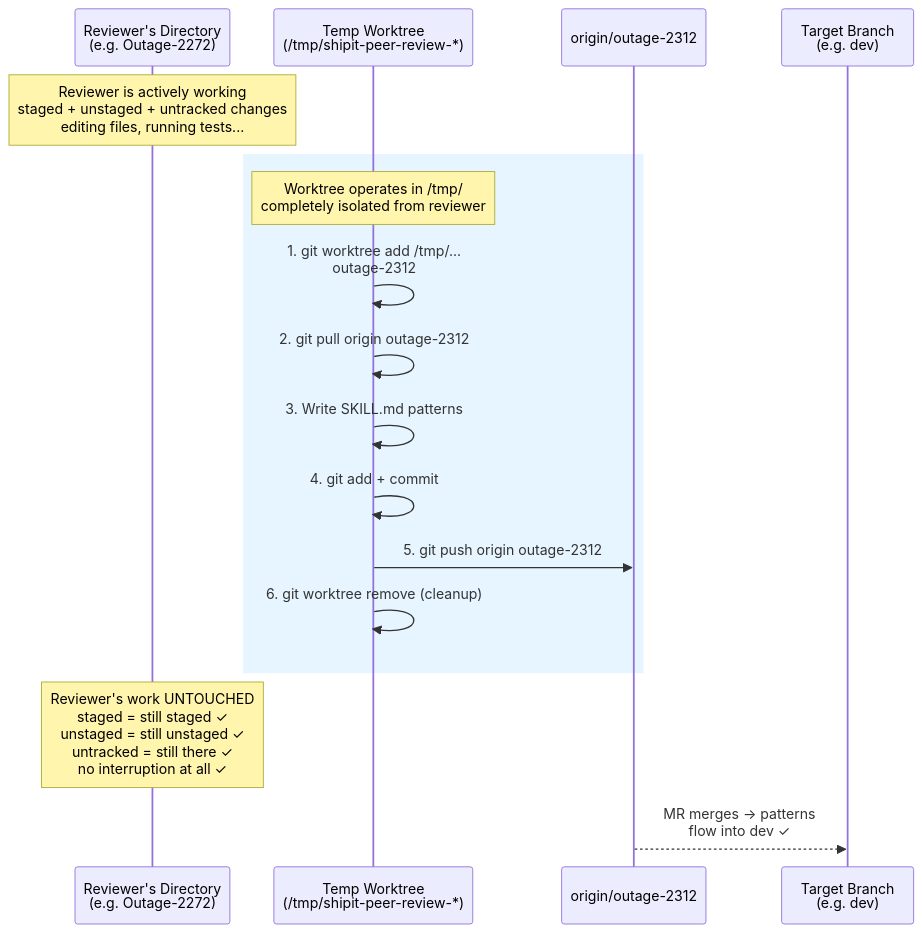
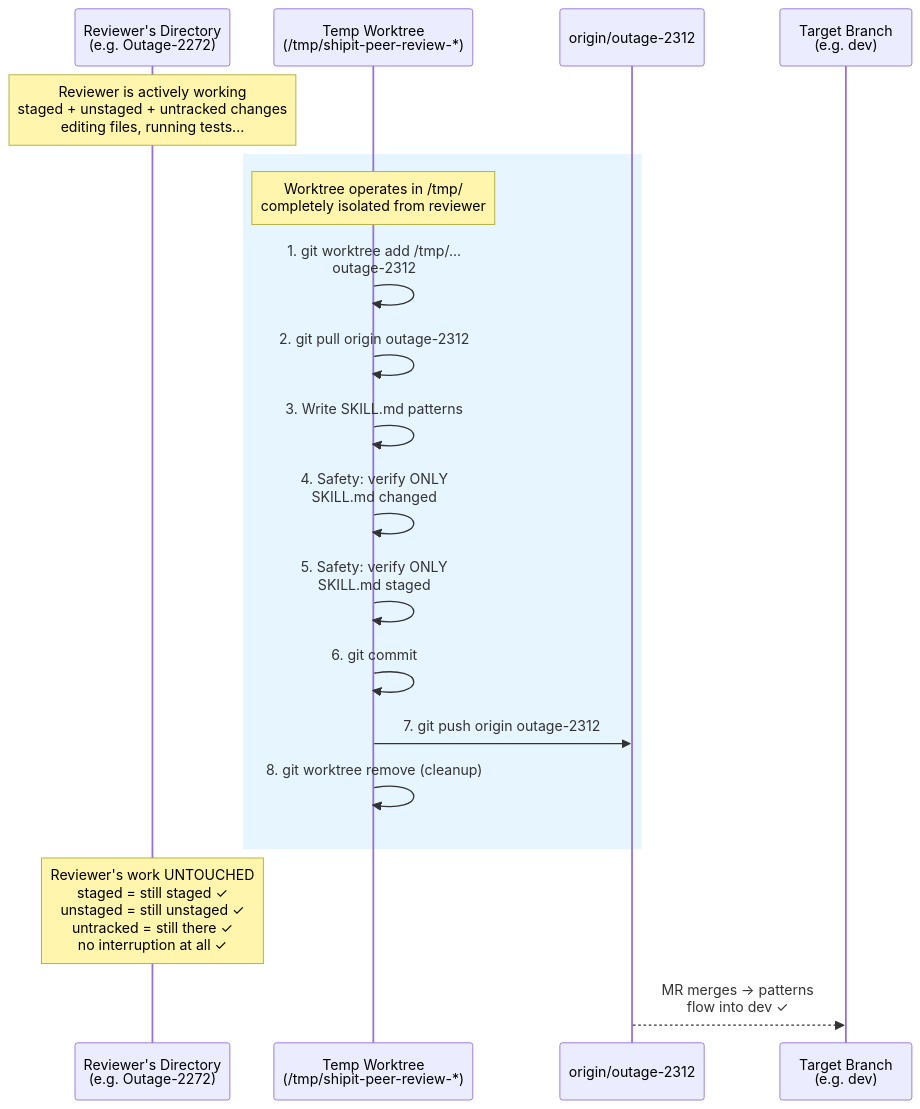
Before and after one commit to praful011/shipit: the fifth of 8 diagrams in docs/peer-review-flowchart.md, drawn with Mermaid. The commit also changed other lines of this file, not shown here.

First line of the commit message:
docs: update flowchart with worktree safety guards and merge explanation

````diff
--- a/docs/peer-review-flowchart.md
+++ b/docs/peer-review-flowchart.md
@@ -136,23 +172,25 @@
 ```mermaid
 sequenceDiagram
     participant R as Reviewer's Directory<br/>(e.g. Outage-2272)
     participant W as Temp Worktree<br/>(/tmp/shipit-peer-review-*)
     participant O as origin/outage-2312
     participant T as Target Branch<br/>(e.g. dev)
 
     Note over R: Reviewer is actively working<br/>staged + unstaged + untracked changes<br/>editing files, running tests...
-    
+
     rect rgb(230, 245, 255)
         Note over W: Worktree operates in /tmp/<br/>completely isolated from reviewer
         W->>W: 1. git worktree add /tmp/...<br/>outage-2312
         W->>W: 2. git pull origin outage-2312
         W->>W: 3. Write SKILL.md patterns
-        W->>W: 4. git add + commit
-        W->>O: 5. git push origin outage-2312
-        W->>W: 6. git worktree remove (cleanup)
+        W->>W: 4. Safety: verify ONLY<br/>SKILL.md changed
+        W->>W: 5. Safety: verify ONLY<br/>SKILL.md staged
+        W->>W: 6. git commit
+        W->>O: 7. git push origin outage-2312
+        W->>W: 8. git worktree remove (cleanup)
     end
 
     Note over R: Reviewer's work UNTOUCHED<br/>staged = still staged ✓<br/>unstaged = still unstaged ✓<br/>untracked = still there ✓<br/>no interruption at all ✓
-    
+
     O-->>T: MR merges → patterns<br/>flow into dev ✓
 ```
````
